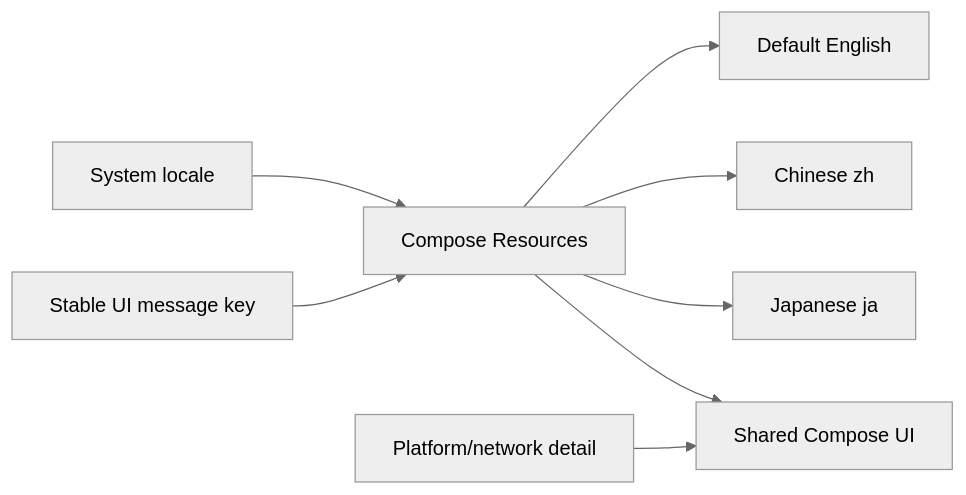
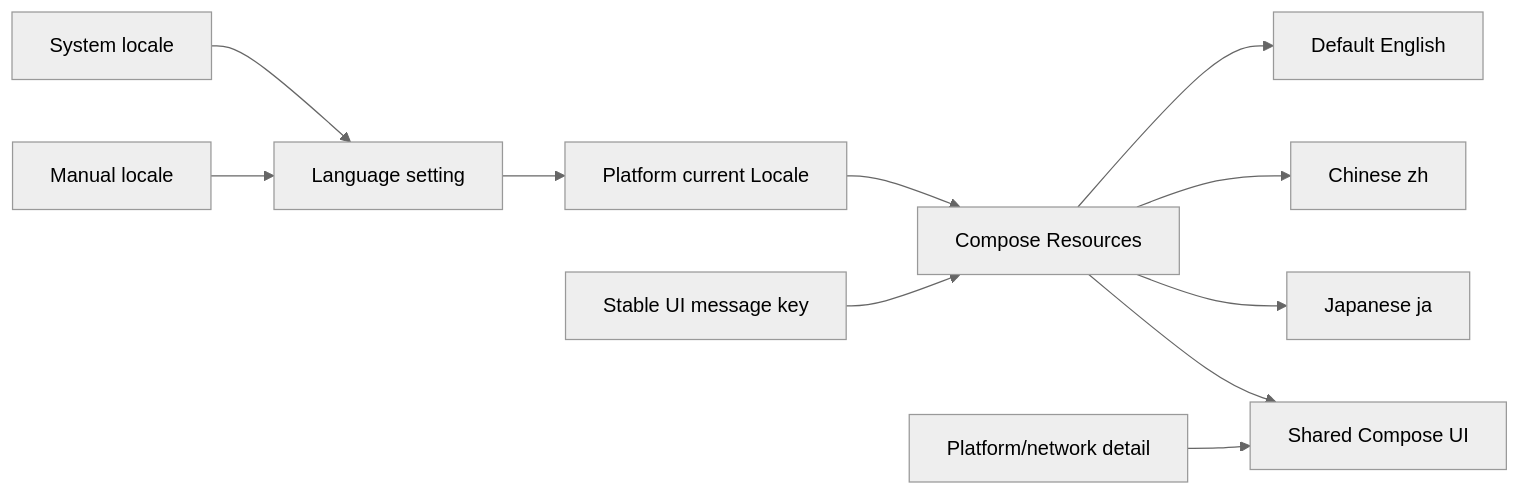
The diagram in docs/spec/localization-v1.md (x2ink/subnetdrop), drawn with Mermaid (neutral theme) before and after one commit. The commit also changed other lines of this file and 24 other files, not shown here.

````diff
--- a/docs/spec/localization-v1.md
+++ b/docs/spec/localization-v1.md
@@ -13,10 +13,13 @@
 ```mermaid
 flowchart LR
-    Locale[System locale] --> Compose[Compose Resources]
+    System[System locale] --> Selection[Language setting]
+    Manual[Manual locale] --> Selection
+    Selection --> Platform[Platform current Locale]
+    Platform --> Compose[Compose Resources]
     Compose --> English[Default English]
     Compose --> Chinese[Chinese zh]
     Compose --> Japanese[Japanese ja]
     Compose --> UI[Shared Compose UI]
     Message[Stable UI message key] --> Compose
     Error[Platform/network detail] --> UI
 ```
````
